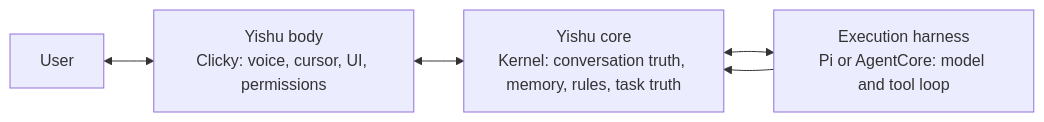
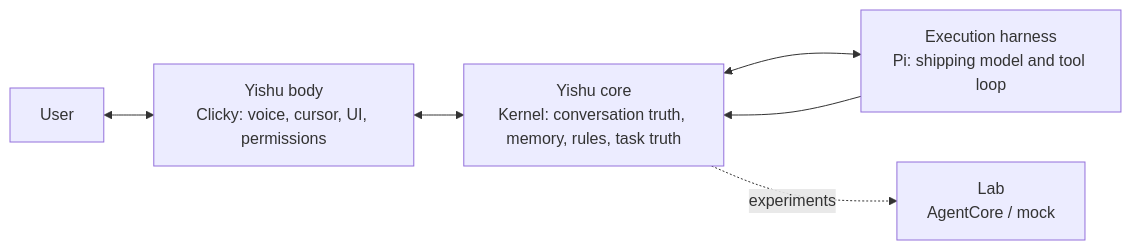
The diagram in docs/architecture.md (yishu-ziyu/yishu), drawn with Mermaid before and after one commit. The commit also changed other lines of this file and 7 other files, not shown here.

````diff
--- a/docs/architecture.md
+++ b/docs/architecture.md
@@ -61,7 +61,8 @@
 ```mermaid
 flowchart LR
   U["User"] <--> B["Yishu body<br/>Clicky: voice, cursor, UI, permissions"]
   B <--> K["Yishu core<br/>Kernel: conversation truth, memory, rules, task truth"]
-  K <--> E["Execution harness<br/>Pi or AgentCore: model and tool loop"]
+  K <--> E["Execution harness<br/>Pi: shipping model and tool loop"]
+  K -. experiments .-> L["Lab<br/>AgentCore / mock"]
   E --> K
 ```
````
